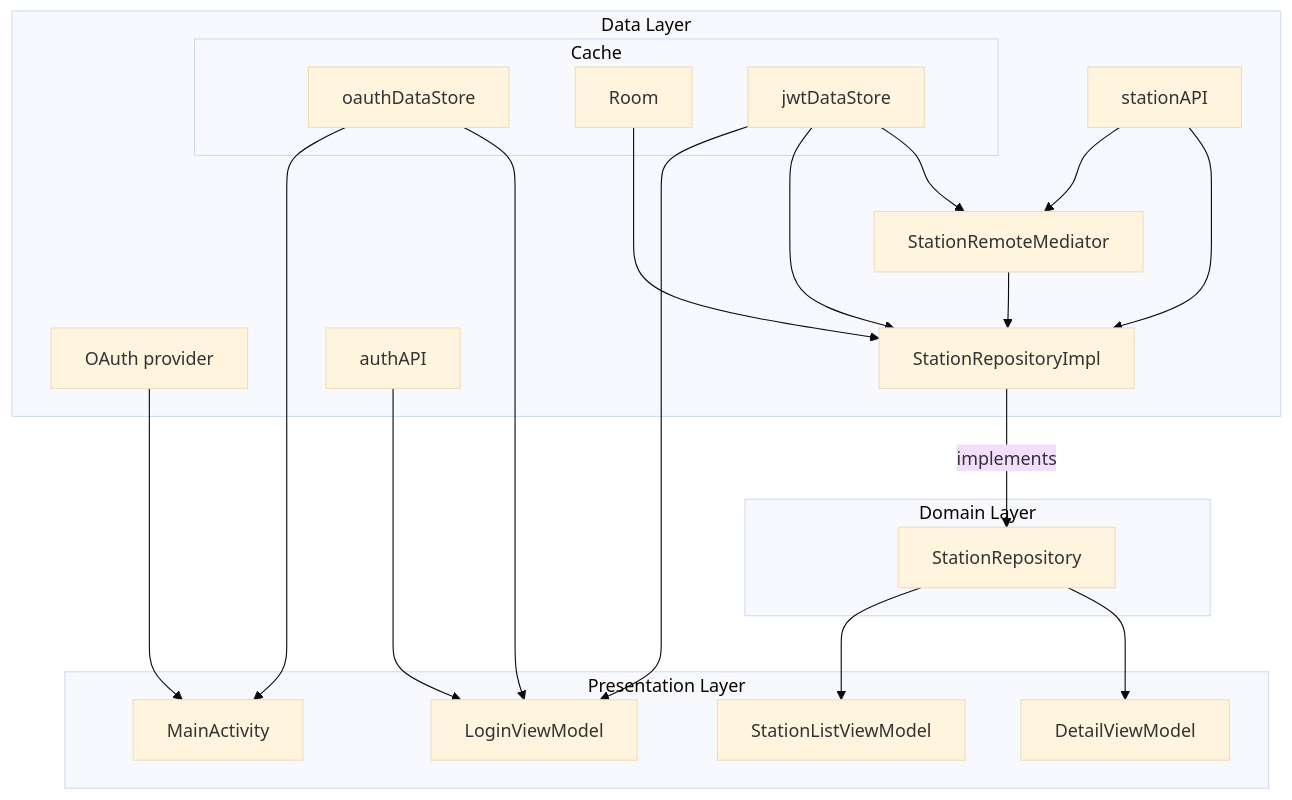
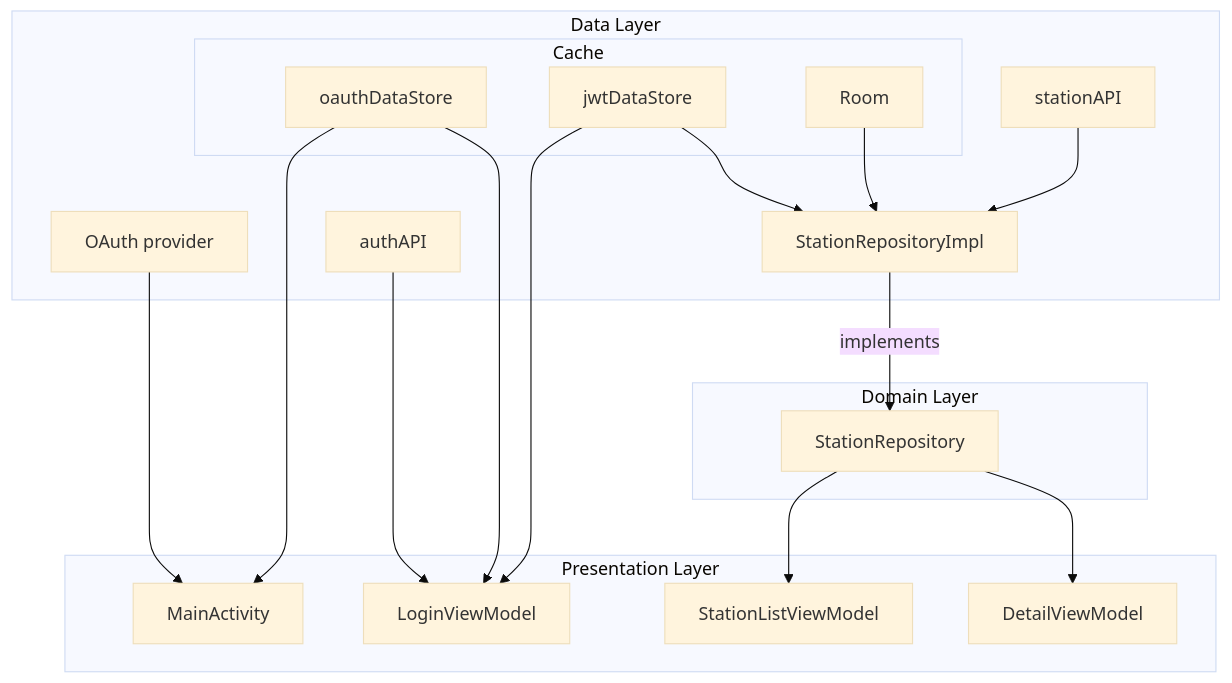
Before and after one commit to Darkness4/train-station: the second of 2 diagrams in README.md, drawn with Mermaid (base theme). The commit also changed other lines of this file, not shown here.

````diff
--- a/README.md
+++ b/README.md
@@ -185,43 +185,38 @@
 ```mermaid
 flowchart TD
 	oauth[OAuth provider]
 	subgraph data[Data Layer]
 		subgraph cache[Cache]
           	oauthDataStore
+         	jwtDataStore
          	Room
-         	jwtDataStore
         end
         oauth
         StationRepositoryImpl
         authAPI
         stationAPI
-		StationRemoteMediator
-
     end
     
     subgraph domain[Domain Layer]
 		StationRepository
     end
 
     subgraph presentation[Presentation Layer]
 		LoginViewModel
 		DetailViewModel
 		StationListViewModel
 		MainActivity
     end
 
     Room-->StationRepositoryImpl
+    jwtDataStore-->StationRepositoryImpl
     StationRepositoryImpl-->|implements|StationRepository
     stationAPI-->StationRepositoryImpl
-    stationAPI-->StationRemoteMediator
-    jwtDataStore-->StationRemoteMediator
-    jwtDataStore-->StationRepositoryImpl
-    StationRemoteMediator-->StationRepositoryImpl
+    jwtDataStore-->LoginViewModel
     authAPI-->LoginViewModel
-    jwtDataStore-->LoginViewModel
     oauthDataStore-->LoginViewModel
     StationRepository-->DetailViewModel
     StationRepository-->StationListViewModel
     oauth-->MainActivity
     oauthDataStore-->MainActivity
 ```
````
